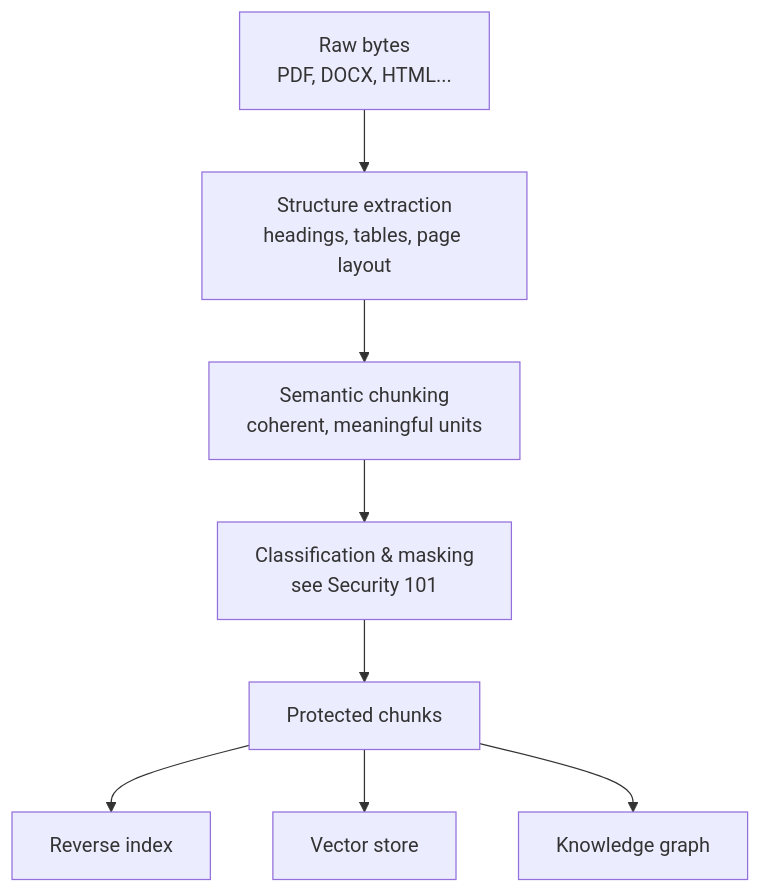
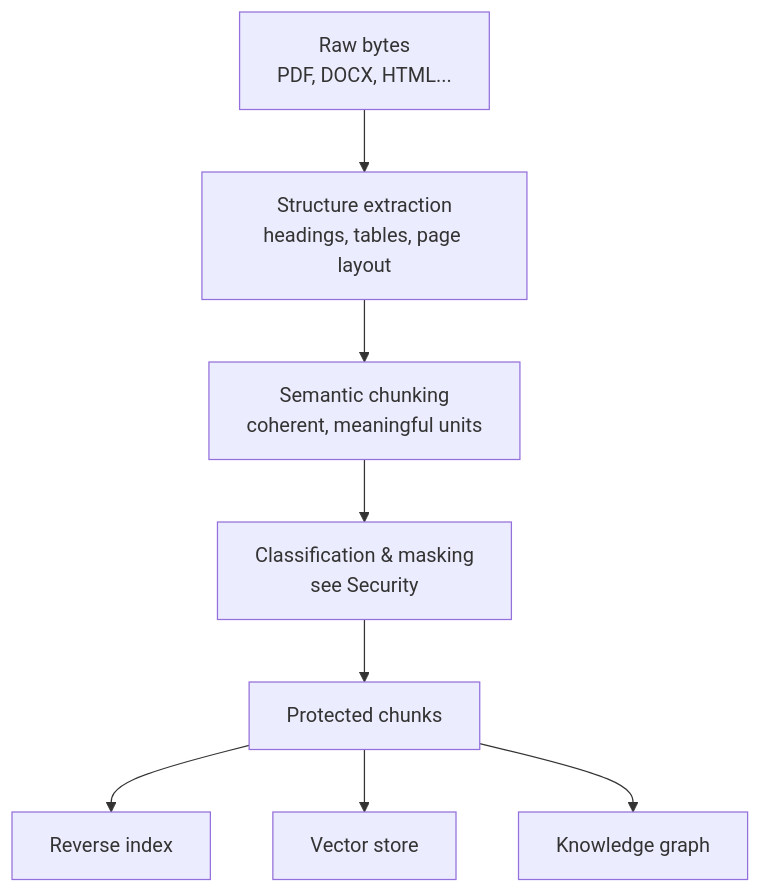
One commit to synanton/synanton.github.io changed the first of 2 diagrams in docs/guides/overviews/ingestion.md. Above: the diagram before and after it, drawn with Mermaid. The commit also changed 1 other file, not shown here.

Commit message:
documentation site skeleton

````diff
--- a/docs/guides/overviews/ingestion.md
+++ b/docs/guides/overviews/ingestion.md
@@ -9,10 +9,10 @@
 ```mermaid
 flowchart TD
     A[Raw bytes<br/>PDF, DOCX, HTML...] --> B[Structure extraction<br/>headings, tables, page layout]
     B --> C[Semantic chunking<br/>coherent, meaningful units]
-    C --> D[Classification & masking<br/>see Security 101]
+    C --> D[Classification & masking<br/>see Security]
     D --> E[Protected chunks]
     E --> F1[Reverse index]
     E --> F2[Vector store]
     E --> F3[Knowledge graph]
 ```
````
